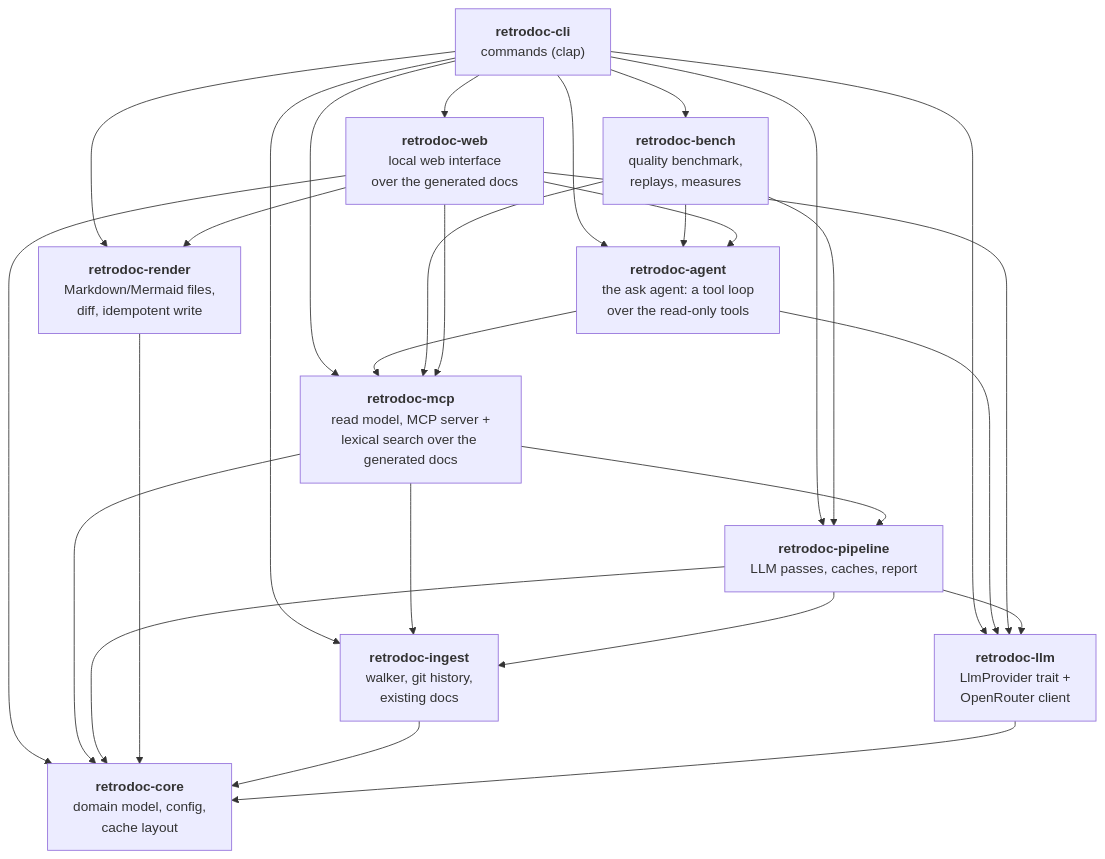
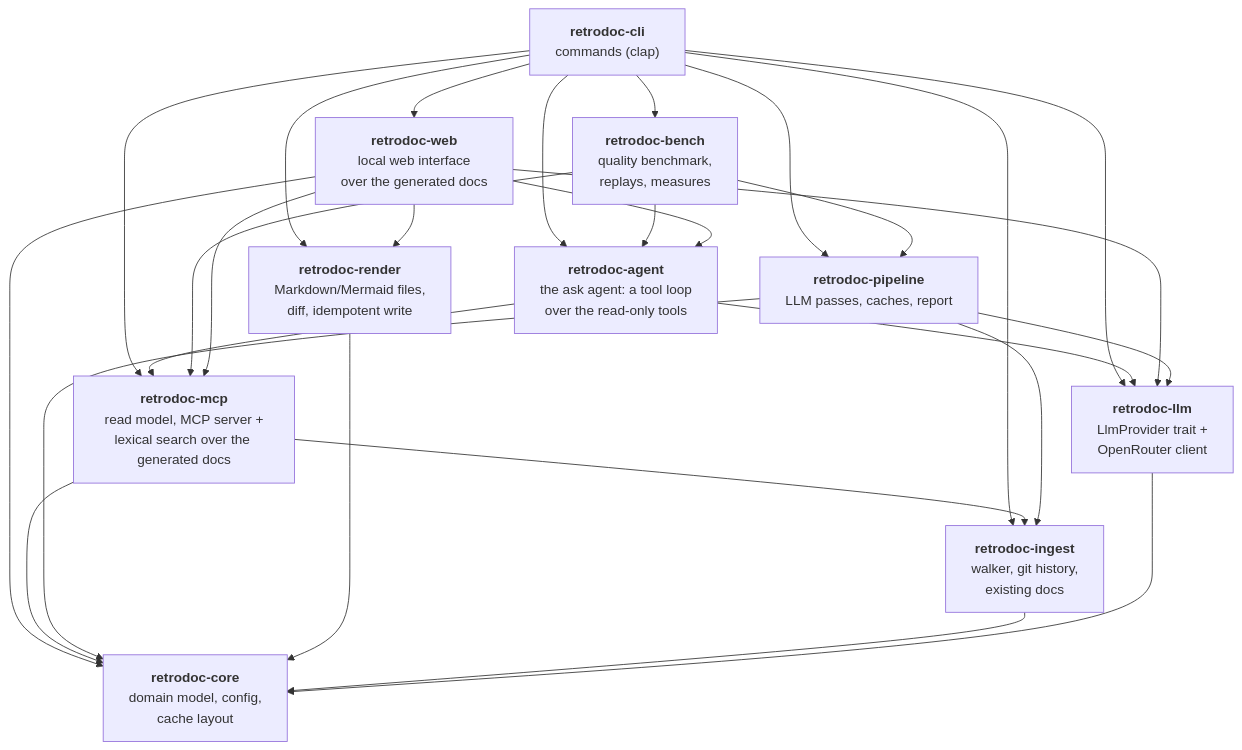
Before and after one commit to Electron-libre/RetroDoc: the second of 9 diagrams in docs/ARCHITECTURE.md, drawn with Mermaid. The commit also changed other lines of this file and 14 other files, not shown here.

````diff
--- a/docs/ARCHITECTURE.md
+++ b/docs/ARCHITECTURE.md
@@ -27,41 +27,40 @@
 ```mermaid
 flowchart TD
     cli["<b>retrodoc-cli</b><br/>commands (clap)"]
     pipe["<b>retrodoc-pipeline</b><br/>LLM passes, caches, report"]
     render["<b>retrodoc-render</b><br/>Markdown/Mermaid files,<br/>diff, idempotent write"]
     agent["<b>retrodoc-agent</b><br/>the ask agent: a tool loop<br/>over the read-only tools"]
     mcp["<b>retrodoc-mcp</b><br/>read model, MCP server +<br/>lexical search over the generated docs"]
     bench["<b>retrodoc-bench</b><br/>quality benchmark,<br/>replays, measures"]
     web["<b>retrodoc-web</b><br/>local web interface<br/>over the generated docs"]
     ingest["<b>retrodoc-ingest</b><br/>walker, git history,<br/>existing docs"]
     llm["<b>retrodoc-llm</b><br/>LlmProvider trait +<br/>OpenRouter client"]
     core["<b>retrodoc-core</b><br/>domain model, config,<br/>cache layout"]
 
     cli --> pipe
     cli --> render
     cli --> ingest
     cli --> llm
     cli --> mcp
     cli --> web
     cli --> bench
     cli --> agent
     agent --> mcp
     agent --> llm
     bench --> pipe
     bench --> agent
     bench --> mcp
     web --> agent
     web --> llm
     web --> mcp
     web --> render
     web --> core
-    mcp --> pipe
     mcp --> ingest
     mcp --> core
     pipe --> ingest
     pipe --> llm
     pipe --> core
     render --> core
     ingest --> core
     llm --> core
 ```
````
